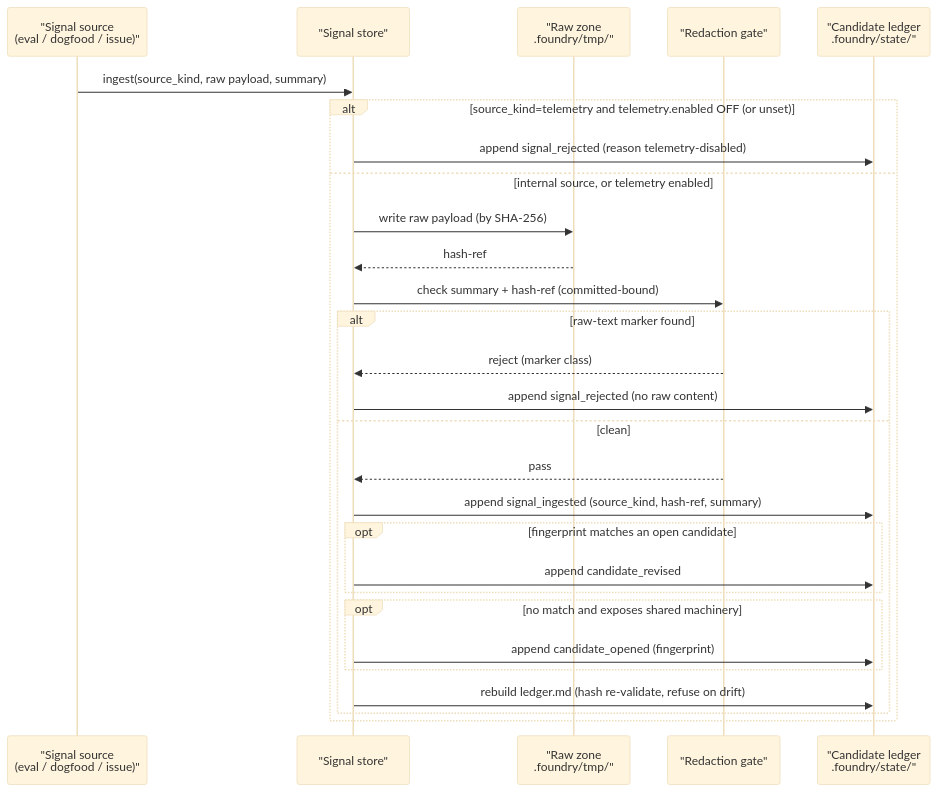
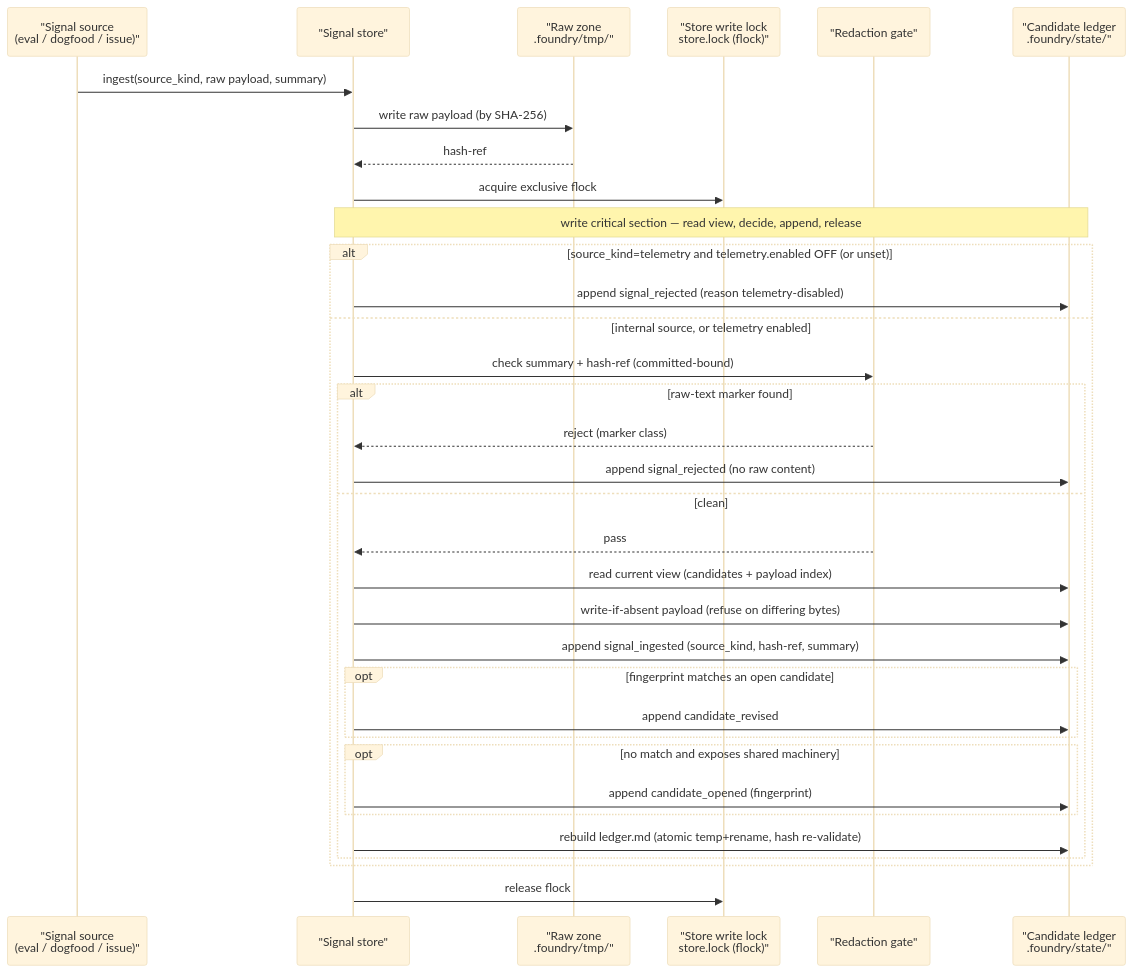
Before and after one commit to bmransom/foundry: the third of 3 diagrams in roadmap/specs/loop-signal-store/design.md, drawn with Mermaid (base theme). The commit also changed other lines of this file and 3 other files, not shown here.

First line of the commit message:
docs(loop-signal-store): add advisory-lock concurrency model

````diff
--- a/roadmap/specs/loop-signal-store/design.md
+++ b/roadmap/specs/loop-signal-store/design.md
@@ -269,32 +366,39 @@
 ```mermaid
 sequenceDiagram
     participant Source as "Signal source<br/>(eval / dogfood / issue)"
     participant Store as "Signal store"
     participant Raw as "Raw zone<br/>.foundry/tmp/"
+    participant Lock as "Store write lock<br/>store.lock (flock)"
     participant Gate as "Redaction gate"
     participant Committed as "Candidate ledger<br/>.foundry/state/"
 
     Source->>Store: ingest(source_kind, raw payload, summary)
+    Store->>Raw: write raw payload (by SHA-256)
+    Raw-->>Store: hash-ref
+
+    Store->>Lock: acquire exclusive flock
+    Note over Store,Committed: write critical section — read view, decide, append, release
 
     alt source_kind=telemetry and telemetry.enabled OFF (or unset)
         Store->>Committed: append signal_rejected (reason telemetry-disabled)
     else internal source, or telemetry enabled
-        Store->>Raw: write raw payload (by SHA-256)
-        Raw-->>Store: hash-ref
         Store->>Gate: check summary + hash-ref (committed-bound)
         alt raw-text marker found
             Gate-->>Store: reject (marker class)
             Store->>Committed: append signal_rejected (no raw content)
         else clean
             Gate-->>Store: pass
+            Store->>Committed: read current view (candidates + payload index)
+            Store->>Committed: write-if-absent payload (refuse on differing bytes)
             Store->>Committed: append signal_ingested (source_kind, hash-ref, summary)
             opt fingerprint matches an open candidate
                 Store->>Committed: append candidate_revised
             end
             opt no match and exposes shared machinery
                 Store->>Committed: append candidate_opened (fingerprint)
             end
-            Store->>Committed: rebuild ledger.md (hash re-validate, refuse on drift)
+            Store->>Committed: rebuild ledger.md (atomic temp+rename, hash re-validate)
         end
     end
+    Store->>Lock: release flock
 ```
````
